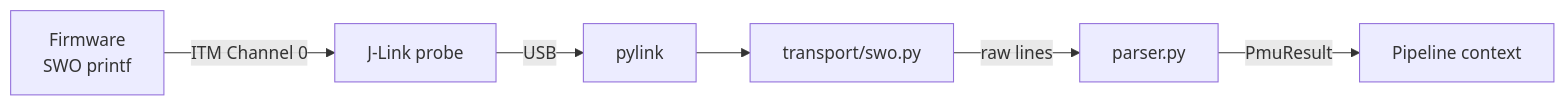
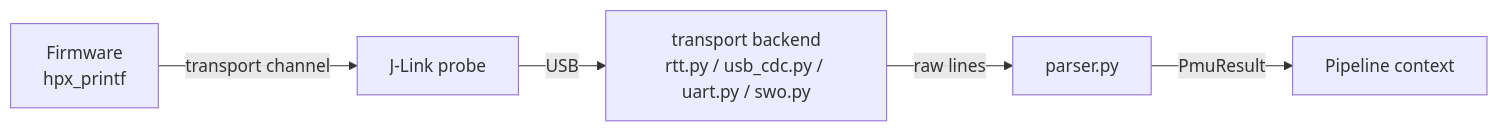
The diagram in docs/architecture/capture.md (AmbiqAI/helia-profiler), drawn with Mermaid before and after one commit. The commit also changed other lines of this file and 29 other files, not shown here.

````diff
--- a/docs/architecture/capture.md
+++ b/docs/architecture/capture.md
@@ -8,8 +10,7 @@
 ```mermaid
 graph LR
-    A[Firmware<br/>SWO printf] -->|ITM Channel 0| B[J-Link probe]
-    B -->|USB| C[pylink]
-    C --> D[transport/swo.py]
-    D -->|raw lines| E[parser.py]
-    E -->|PmuResult| F[Pipeline context]
+    A[Firmware<br/>hpx_printf] -->|transport channel| B[J-Link probe]
+    B -->|USB| C[transport backend<br/>rtt.py / usb_cdc.py / uart.py / swo.py]
+    C -->|raw lines| D[parser.py]
+    D -->|PmuResult| E[Pipeline context]
 ```
````
